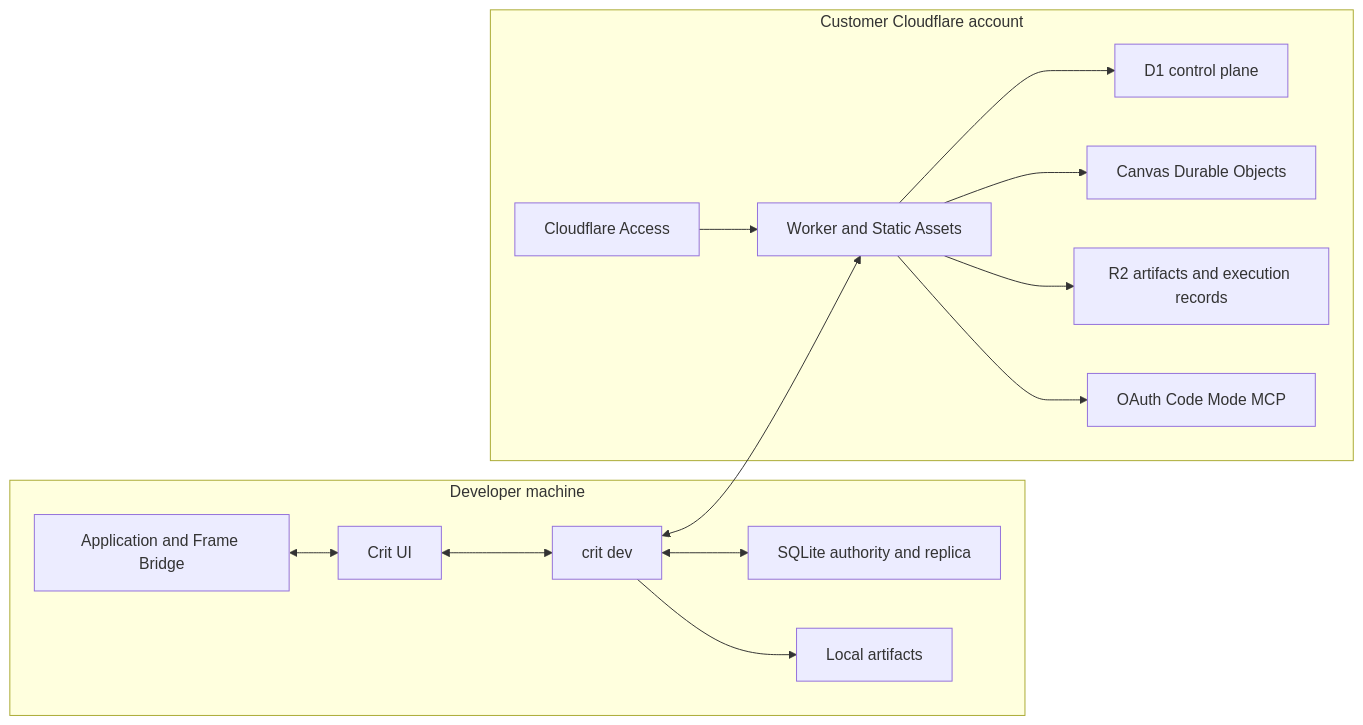
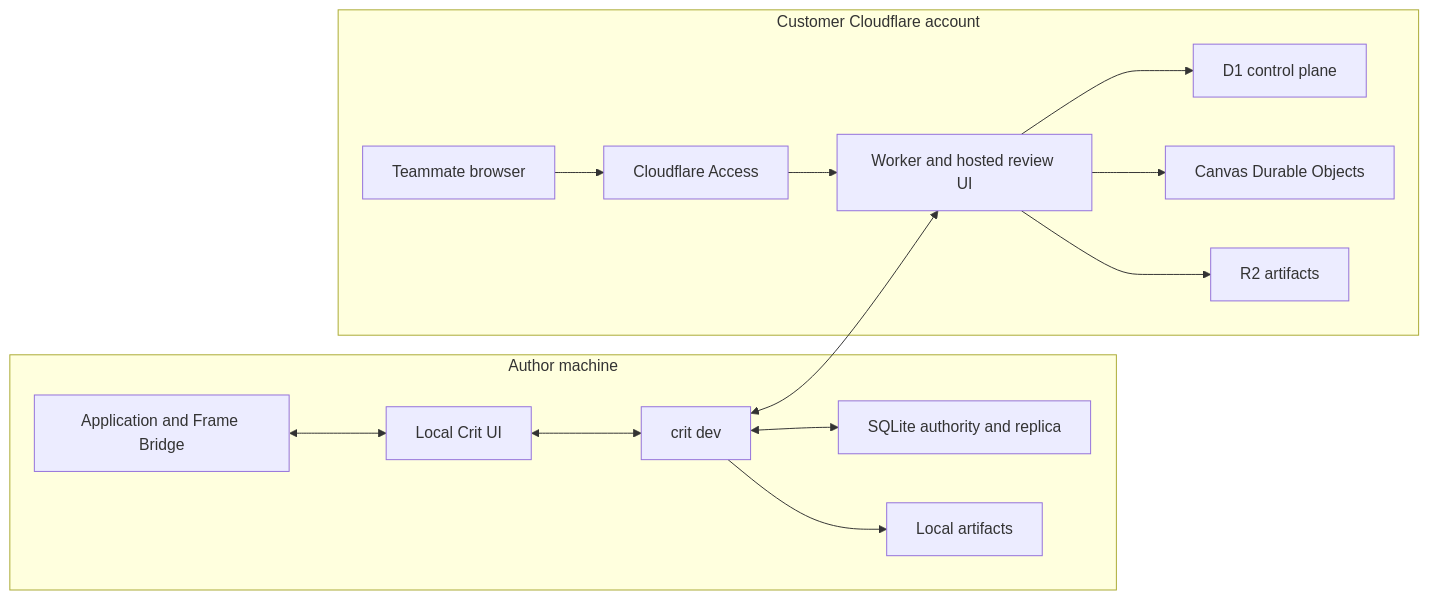
Before and after one commit to wking-io/crit: the diagram in docs/plans/001-cloudflare-native-v1/overview.md, drawn with Mermaid. The commit also changed other lines of this file and 26 other files, not shown here.

First line of the commit message:
Drop remote MCP; teammates review in the hosted UI. (#78)

````diff
--- a/docs/plans/001-cloudflare-native-v1/overview.md
+++ b/docs/plans/001-cloudflare-native-v1/overview.md
@@ -32,30 +32,30 @@
 ```mermaid
 flowchart LR
-    subgraph Local["Developer machine"]
+    subgraph Local["Author machine"]
         App["Application and Frame Bridge"]
-        UI["Crit UI"]
+        UI["Local Crit UI"]
         Daemon["crit dev"]
         LocalDB["SQLite authority and replica"]
         LocalArtifacts["Local artifacts"]
         App <--> UI
         UI <--> Daemon
         Daemon <--> LocalDB
         Daemon --> LocalArtifacts
     end
 
     subgraph Shared["Customer Cloudflare account"]
-        Worker["Worker and Static Assets"]
+        Worker["Worker and hosted review UI"]
         Access["Cloudflare Access"]
         D1["D1 control plane"]
         CanvasDO["Canvas Durable Objects"]
-        R2["R2 artifacts and execution records"]
-        MCP["OAuth Code Mode MCP"]
+        R2["R2 artifacts"]
+        Reviewer["Teammate browser"]
         Access --> Worker
+        Reviewer --> Access
         Worker --> D1
         Worker --> CanvasDO
         Worker --> R2
-        Worker --> MCP
     end
 
     Daemon <--> Worker
 ```
````
